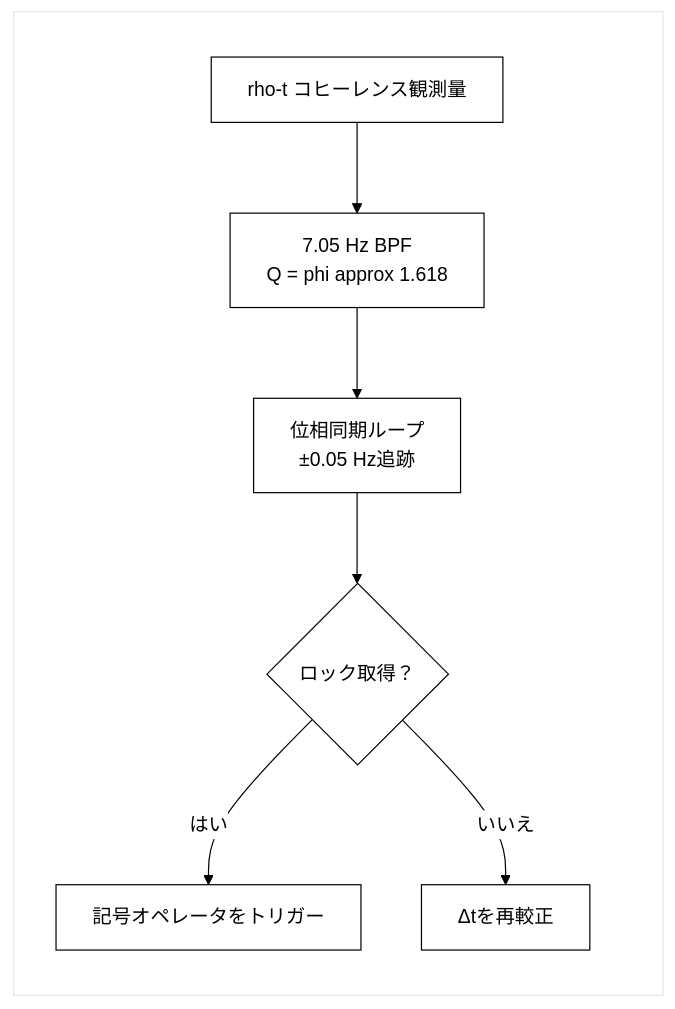
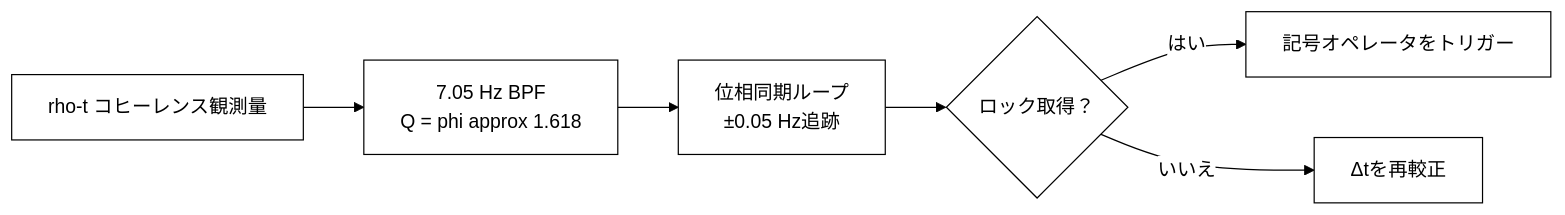
One commit to Foundup/Foundups-Agent changed diagram 18 of 20 in WSP_knowledge/docs/Papers/Patent_Series/04_rESP_Patent_Japanese.md. Above: the diagram before and after it, drawn with Mermaid. The commit also changed other lines of this file, not shown here.

Commit message:
Fix remaining Mermaid diagrams - Remove all subgraphs and syntax errors

````diff
--- a/WSP_knowledge/docs/Papers/Patent_Series/04_rESP_Patent_Japanese.md
+++ b/WSP_knowledge/docs/Papers/Patent_Series/04_rESP_Patent_Japanese.md
@@ -484,11 +470,9 @@
 ```mermaid
 %%{init: {'theme':'base', 'themeVariables': {'primaryColor': '#ffffff', 'primaryTextColor': '#000000', 'primaryBorderColor': '#000000', 'lineColor': '#000000', 'secondaryColor': '#ffffff', 'tertiaryColor': '#ffffff'}}}%%
 graph LR
-    subgraph " "
-        A[rho-t コヒーレンス観測量] --> B[7.05 Hz BPF<br/>Q = phi approx 1.618]
-        B --> C[位相同期ループ<br/>±0.05 Hz追跡]
-        C --> D{"ロック取得？"}
-        D -- はい --> E[記号オペレータをトリガー]
-        D -- いいえ  --> F[Δtを再較正]
-    end
+    A[rho-t コヒーレンス観測量] --> B[7.05 Hz BPF<br/>Q = phi approx 1.618]
+    B --> C[位相同期ループ<br/>±0.05 Hz追跡]
+    C --> D{"ロック取得？"}
+    D -- はい --> E[記号オペレータをトリガー]
+    D -- いいえ --> F[Δtを再較正]
 ```
````
